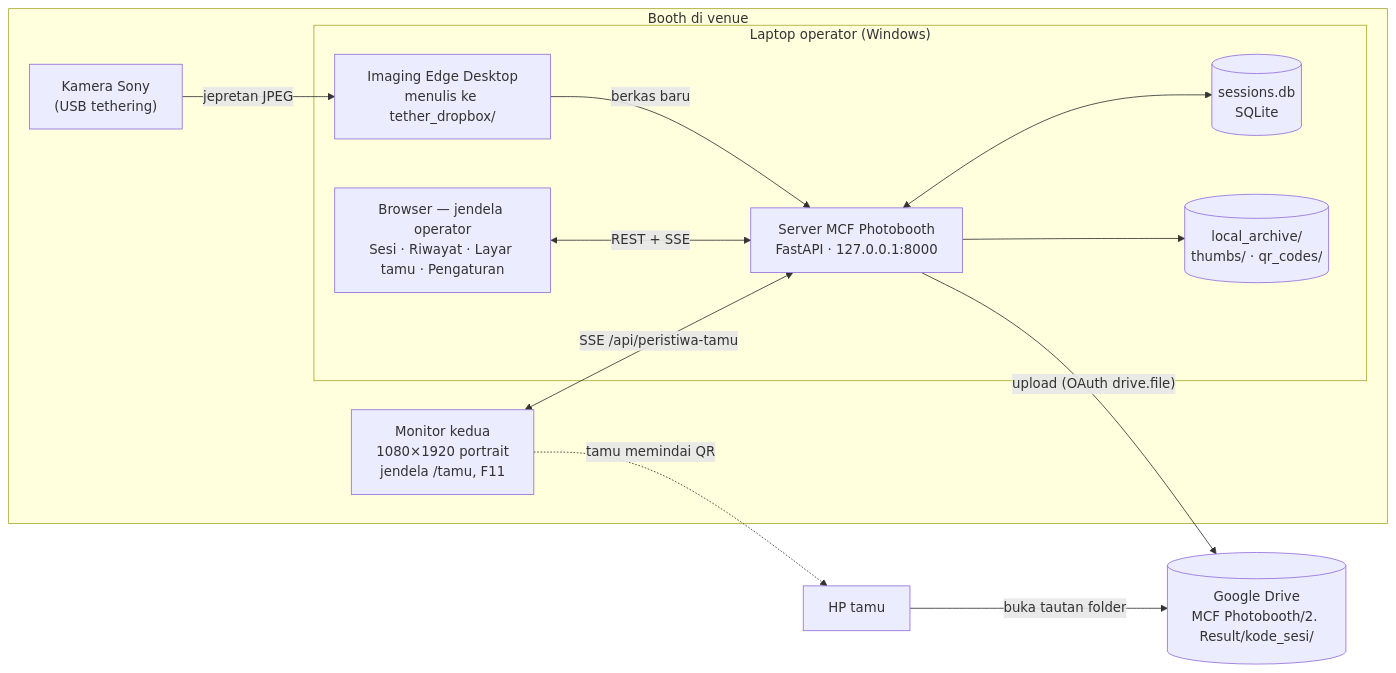
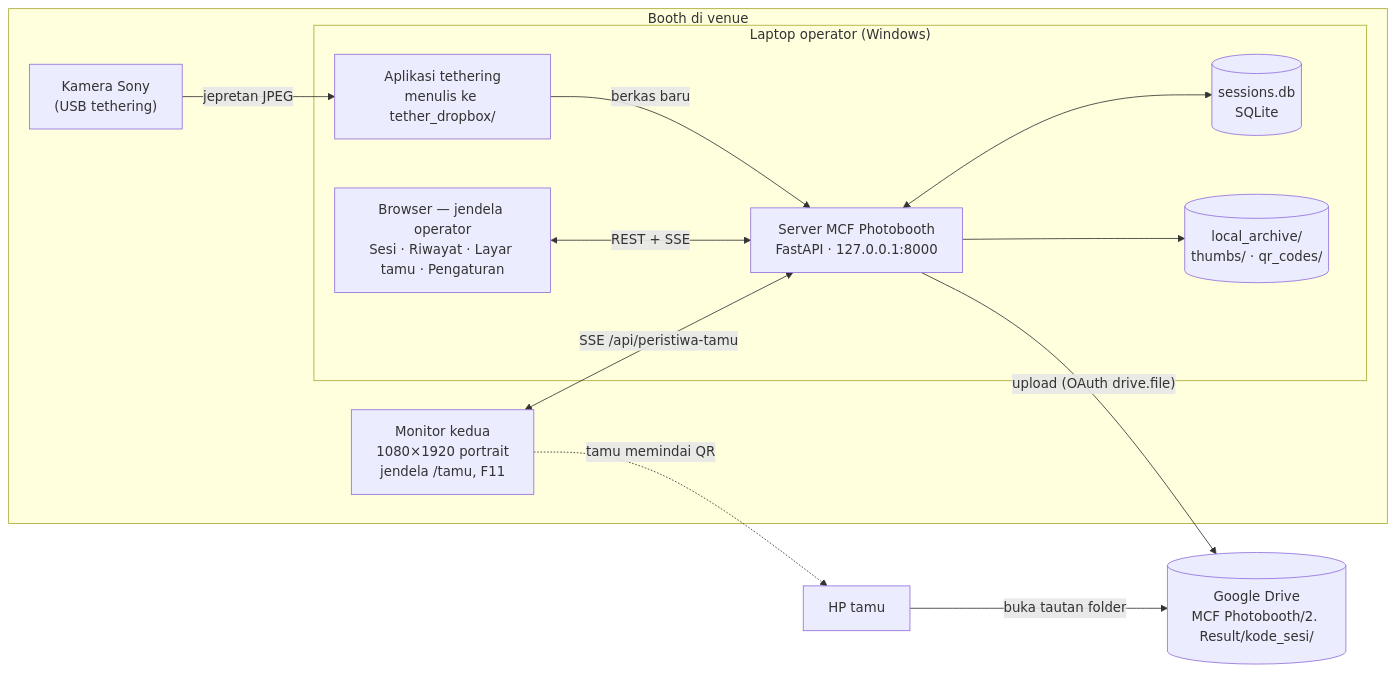
Before and after one commit to dreinst/mcfbooth: the first of 11 diagrams in architecture.md, drawn with Mermaid. The commit also changed other lines of this file and 7 other files, not shown here.

First line of the commit message:
Hapus semua rujukan Imaging Edge Desktop; aplikasi tethering dibuat generik

````diff
--- a/architecture.md
+++ b/architecture.md
@@ -34,26 +34,26 @@
 ```mermaid
 flowchart LR
     subgraph BOOTH["Booth di venue"]
         CAM["Kamera Sony<br/>(USB tethering)"]
         subgraph LAPTOP["Laptop operator (Windows)"]
-            TETHER["Imaging Edge Desktop<br/>menulis ke tether_dropbox/"]
+            TETHER["Aplikasi tethering<br/>menulis ke tether_dropbox/"]
             SERVER["Server MCF Photobooth<br/>FastAPI · 127.0.0.1:8000"]
             OP["Browser — jendela operator<br/>Sesi · Riwayat · Layar tamu · Pengaturan"]
             DB[("sessions.db<br/>SQLite")]
             ARSIP[("local_archive/<br/>thumbs/ · qr_codes/")]
         end
         MON["Monitor kedua<br/>1080×1920 portrait<br/>jendela /tamu, F11"]
     end
     HP["HP tamu"]
     DRIVE[("Google Drive<br/>MCF Photobooth/2. Result/kode_sesi/")]
 
     CAM -- "jepretan JPEG" --> TETHER
     TETHER -- "berkas baru" --> SERVER
     SERVER <--> DB
     SERVER --> ARSIP
     SERVER -- "upload (OAuth drive.file)" --> DRIVE
     OP <-- "REST + SSE" --> SERVER
     MON <-- "SSE /api/peristiwa-tamu" --> SERVER
     MON -. "tamu memindai QR" .-> HP
     HP -- "buka tautan folder" --> DRIVE
 ```
````
